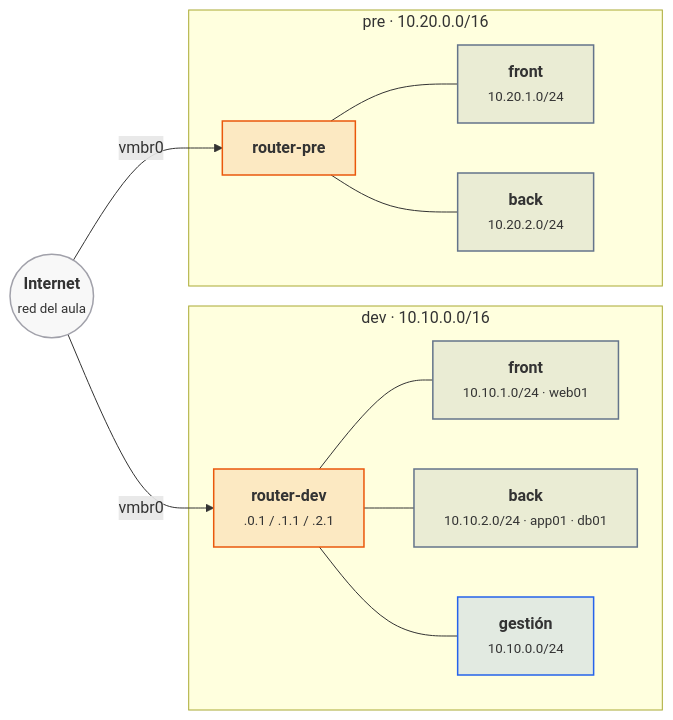
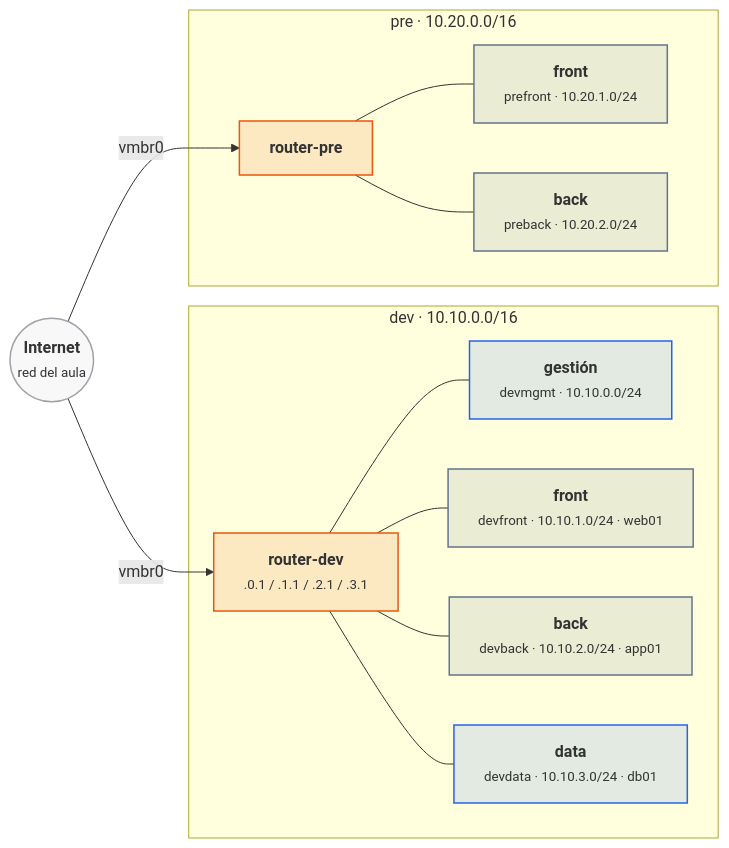
The second of 8 diagrams in docs/ut/ut2-vpc.md (victor-educ/apuntes-5166), drawn with Mermaid before and after one commit. The commit also changed other lines of this file and 15 other files, not shown here.

````diff
--- a/docs/ut/ut2-vpc.md
+++ b/docs/ut/ut2-vpc.md
@@ -199,28 +199,30 @@
 ```mermaid
 flowchart LR
     INET(("<b>Internet</b><br><small>red del aula</small>")):::infra
     subgraph DEV["dev · 10.10.0.0/16"]
-        RDEV["<b>router-dev</b><br><small>.0.1 / .1.1 / .2.1</small>"]:::act
-        FDEV["<b>front</b><br><small>10.10.1.0/24 · web01</small>"]:::pieza
-        BDEV["<b>back</b><br><small>10.10.2.0/24 · app01 · db01</small>"]:::pieza
-        MDEV["<b>gestión</b><br><small>10.10.0.0/24</small>"]:::dato
+        RDEV["<b>router-dev</b><br><small>.0.1 / .1.1 / .2.1 / .3.1</small>"]:::act
+        MDEV["<b>gestión</b><br><small>devmgmt · 10.10.0.0/24</small>"]:::dato
+        FDEV["<b>front</b><br><small>devfront · 10.10.1.0/24 · web01</small>"]:::pieza
+        BDEV["<b>back</b><br><small>devback · 10.10.2.0/24 · app01</small>"]:::pieza
+        DDEV["<b>data</b><br><small>devdata · 10.10.3.0/24 · db01</small>"]:::dato
+        RDEV --- MDEV
         RDEV --- FDEV
         RDEV --- BDEV
-        RDEV --- MDEV
+        RDEV --- DDEV
     end
     subgraph PRE["pre · 10.20.0.0/16"]
         RPRE["<b>router-pre</b>"]:::act
-        FPRE["<b>front</b><br><small>10.20.1.0/24</small>"]:::pieza
-        BPRE["<b>back</b><br><small>10.20.2.0/24</small>"]:::pieza
+        FPRE["<b>front</b><br><small>prefront · 10.20.1.0/24</small>"]:::pieza
+        BPRE["<b>back</b><br><small>preback · 10.20.2.0/24</small>"]:::pieza
         RPRE --- FPRE
         RPRE --- BPRE
     end
     INET -- vmbr0 --> RDEV
     INET -- vmbr0 --> RPRE
     classDef act fill:#ea580c22,stroke:#ea580c,stroke-width:1.5px
     classDef pieza fill:#64748b22,stroke:#64748b,stroke-width:1.5px
     classDef dato fill:#2563eb22,stroke:#2563eb,stroke-width:1.5px
     classDef infra fill:#a1a1aa14,stroke:#a1a1aa,stroke-width:1.5px
     classDef ok fill:#16a34a22,stroke:#16a34a,stroke-width:1.5px
     classDef riesgo fill:#dc262622,stroke:#dc2626,stroke-width:1.5px
 ```
````
